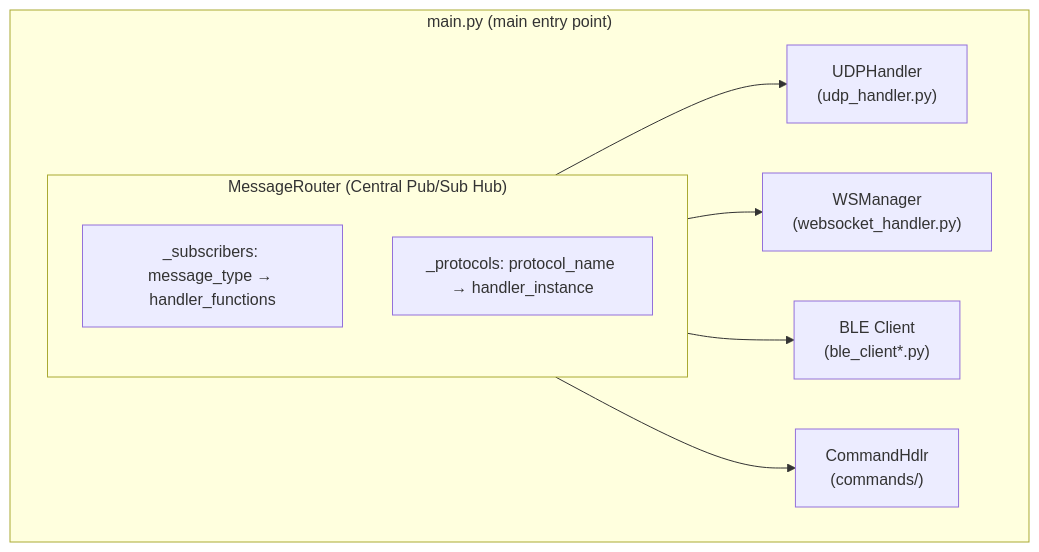
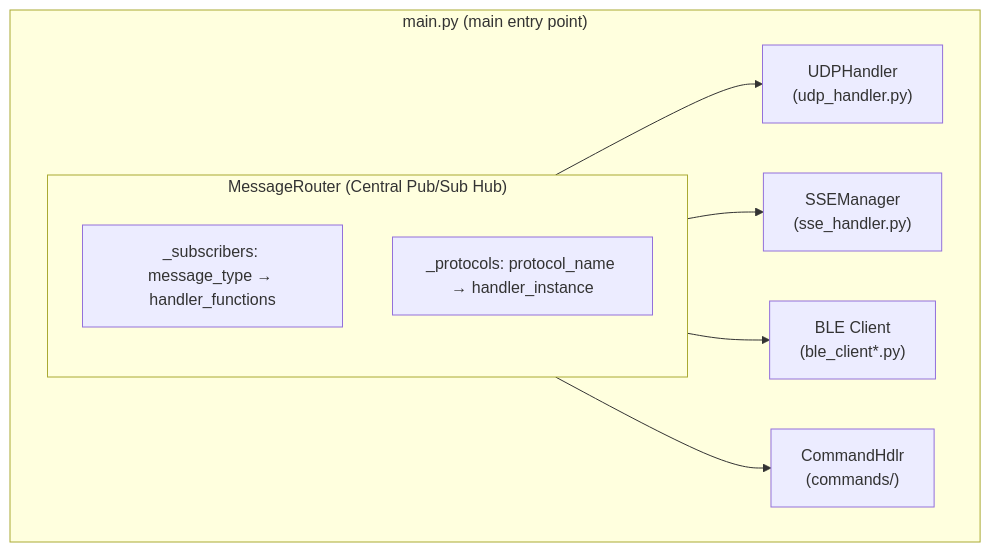
The third of 3 diagrams in CLAUDE.md (DK5EN/McApp), drawn with Mermaid before and after one commit. The commit also changed other lines of this file and 24 other files, not shown here.

````diff
--- a/CLAUDE.md
+++ b/CLAUDE.md
@@ -122,14 +129,14 @@
 ```mermaid
 flowchart TD
     subgraph Main["main.py (main entry point)"]
         subgraph Router["MessageRouter (Central Pub/Sub Hub)"]
             SUBS["_subscribers: message_type → handler_functions"]
             PROTO["_protocols: protocol_name → handler_instance"]
         end
 
         Router --> UDPH["UDPHandler<br/>(udp_handler.py)"]
-        Router --> WSM2["WSManager<br/>(websocket_handler.py)"]
+        Router --> SSE2["SSEManager<br/>(sse_handler.py)"]
         Router --> BLEF["BLE Client<br/>(ble_client*.py)"]
         Router --> CMDH["CommandHdlr<br/>(commands/)"]
     end
 ```
````
